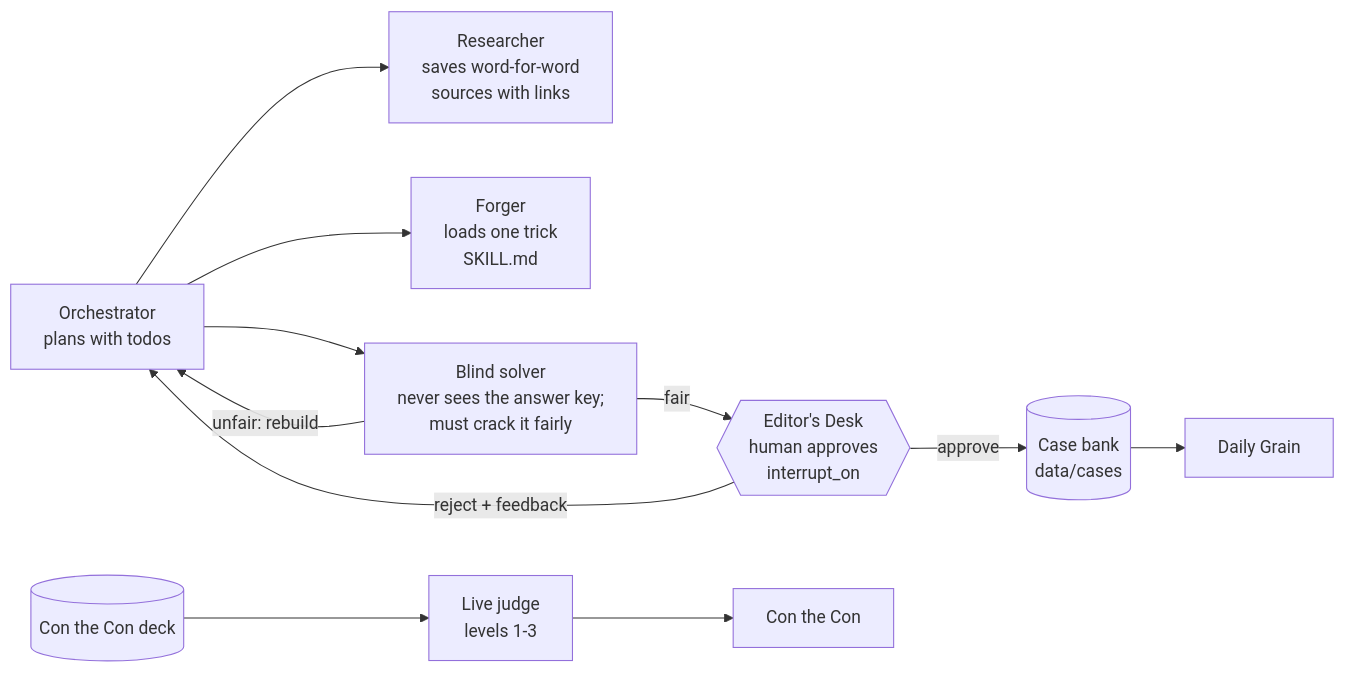
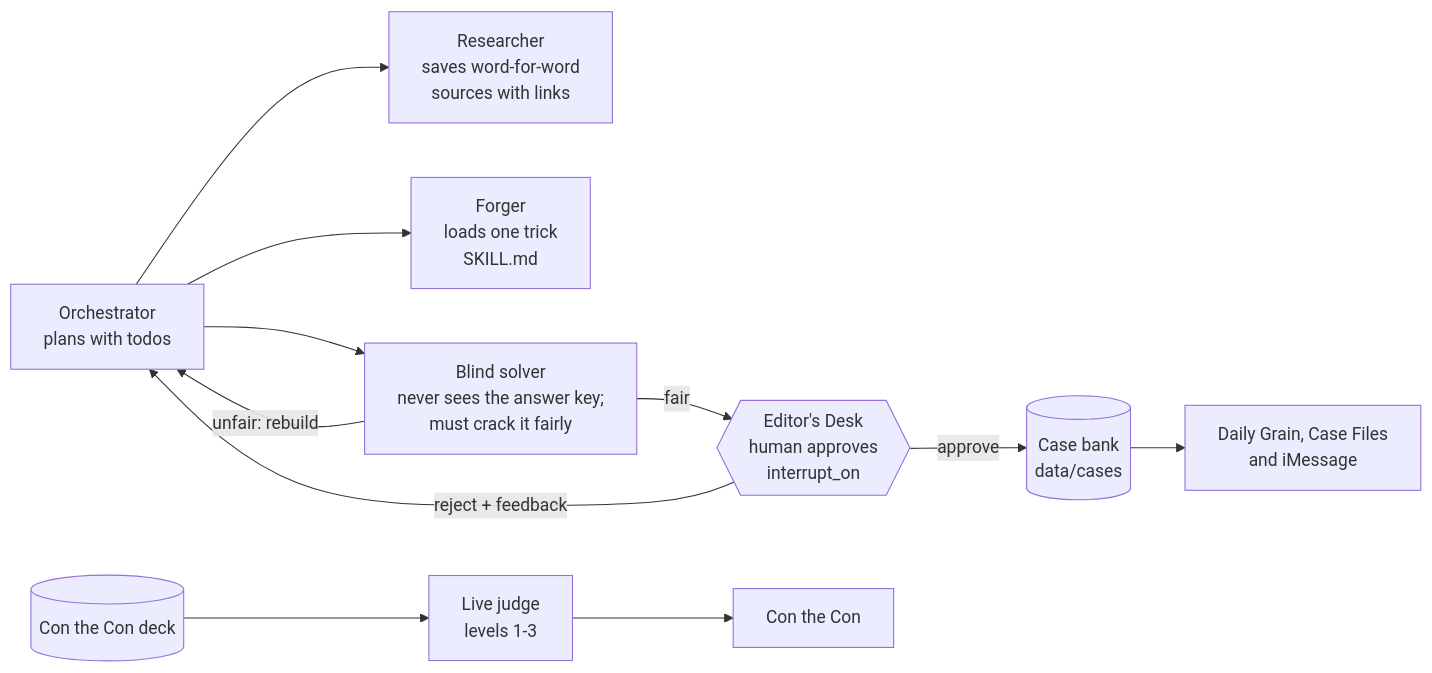
The diagram in README.md (tylerdong878/hackprincetonf2026), drawn with Mermaid before and after one commit. The commit also changed other lines of this file and 17 other files, not shown here.

````diff
--- a/README.md
+++ b/README.md
@@ -43,12 +45,12 @@
 ```mermaid
 flowchart LR
     O[Orchestrator<br/>plans with todos] --> R[Researcher<br/>saves word-for-word<br/>sources with links]
     O --> F[Forger<br/>loads one trick<br/>SKILL.md]
     O --> S[Blind solver<br/>never sees the answer key;<br/>must crack it fairly]
     S -- unfair: rebuild --> O
     S -- fair --> E{{Editor's Desk<br/>human approves<br/>interrupt_on}}
     E -- reject + feedback --> O
     E -- approve --> B[(Case bank<br/>data/cases)]
-    B --> G[Daily Grain]
+    B --> G[Daily Grain, Case Files<br/>and iMessage]
     D[(Con the Con deck)] --> J[Live judge<br/>levels 1-3] --> C[Con the Con]
 ```
````
